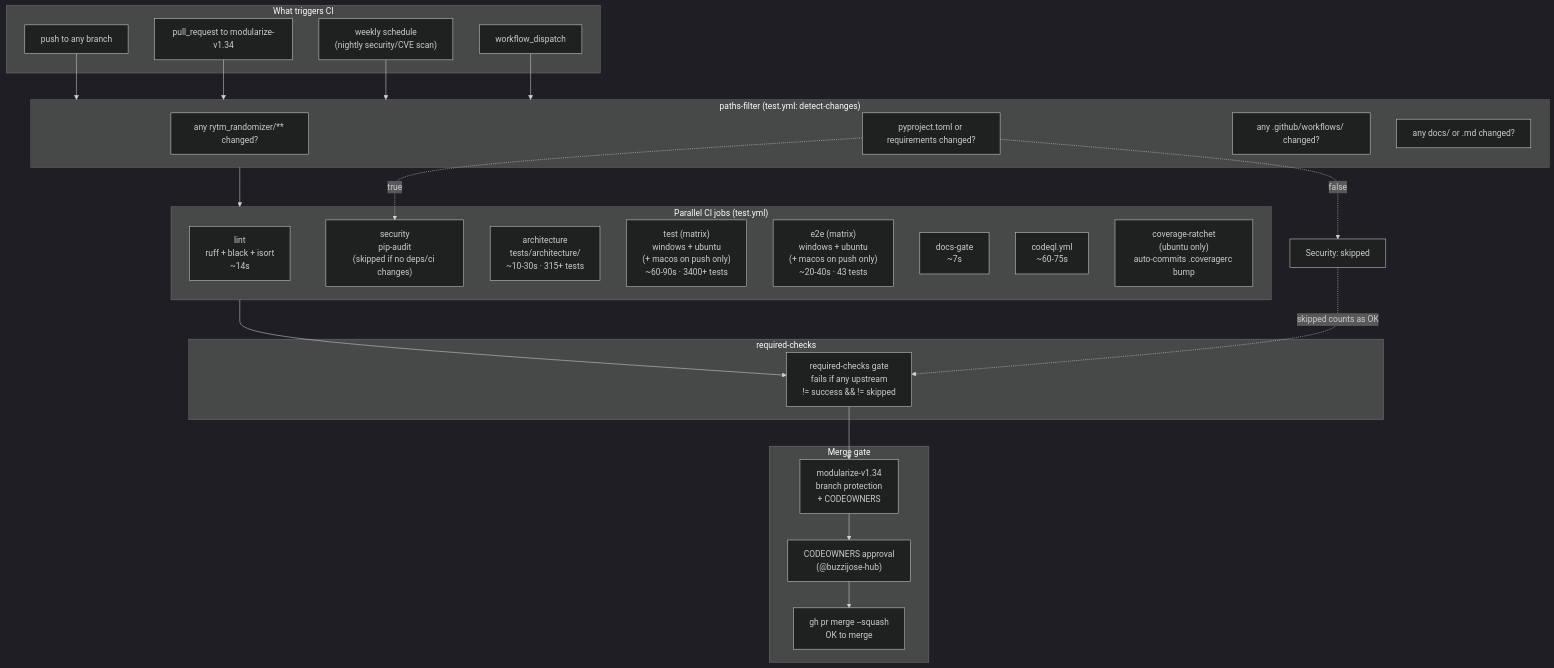
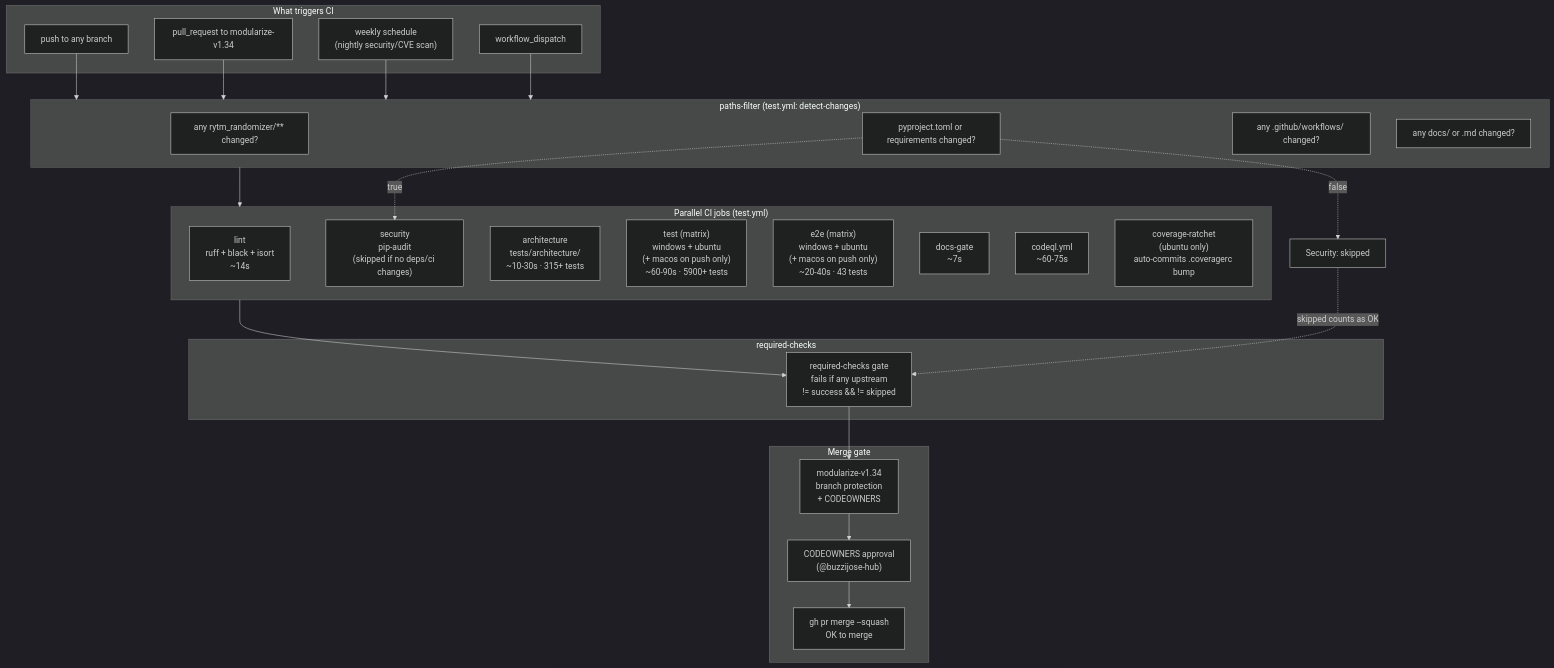
Before and after one commit to buzzijose-hub/RytmRandomizer: diagram 11 of 34 in docs/ARCHITECTURE_DIAGRAMS.md, drawn with Mermaid (dark theme). The commit also changed other lines of this file and 21 other files, not shown here.

````diff
--- a/docs/ARCHITECTURE_DIAGRAMS.md
+++ b/docs/ARCHITECTURE_DIAGRAMS.md
@@ -776,53 +796,53 @@
 ```mermaid
 flowchart TB
     subgraph Trigger["What triggers CI"]
         Push["push to any branch"]
         PR["pull_request to modularize-v1.34"]
         Schedule["weekly schedule<br/>(nightly security/CVE scan)"]
         Manual["workflow_dispatch"]
     end
 
     subgraph PathFilter["paths-filter (test.yml: detect-changes)"]
         DetectCode["any rytm_randomizer/** changed?"]
         DetectDeps["pyproject.toml or requirements changed?"]
         DetectCI["any .github/workflows/ changed?"]
         DetectDocs["any docs/ or .md changed?"]
     end
 
     subgraph Jobs["Parallel CI jobs (test.yml)"]
         Lint["lint<br/>ruff + black + isort<br/>~14s"]
         Security["security<br/>pip-audit<br/>(skipped if no deps/ci changes)"]
         Architecture["architecture<br/>tests/architecture/<br/>~10-30s · 315+ tests"]
-        TestMatrix["test (matrix)<br/>windows + ubuntu<br/>(+ macos on push only)<br/>~60-90s · 3400+ tests"]
+        TestMatrix["test (matrix)<br/>windows + ubuntu<br/>(+ macos on push only)<br/>~60-90s · 5900+ tests"]
         E2EMatrix["e2e (matrix)<br/>windows + ubuntu<br/>(+ macos on push only)<br/>~20-40s · 43 tests"]
         DocsGate["docs-gate<br/>~7s"]
         CodeQL["codeql.yml<br/>~60-75s"]
         CoverageRatchet["coverage-ratchet<br/>(ubuntu only)<br/>auto-commits .coveragerc bump"]
     end
 
     subgraph Aggregator["required-checks"]
         Gate["required-checks gate<br/>fails if any upstream<br/>!= success && != skipped"]
     end
 
     subgraph MergeGate["Merge gate"]
         BranchProtection["modularize-v1.34<br/>branch protection<br/>+ CODEOWNERS"]
         Approval["CODEOWNERS approval<br/>(@buzzijose-hub)"]
         Merge["gh pr merge --squash<br/>OK to merge"]
     end
 
     Push --> PathFilter
     PR --> PathFilter
     Schedule --> PathFilter
     Manual --> PathFilter
 
     PathFilter --> Jobs
 
     Jobs --> Gate
     Gate --> BranchProtection
     BranchProtection --> Approval
     Approval --> Merge
 
     DetectDeps -.->|"true"| Security
     DetectDeps -.->|"false"| Skip1["Security: skipped"]
     Skip1 -.->|"skipped counts as OK"| Gate
 ```
````
